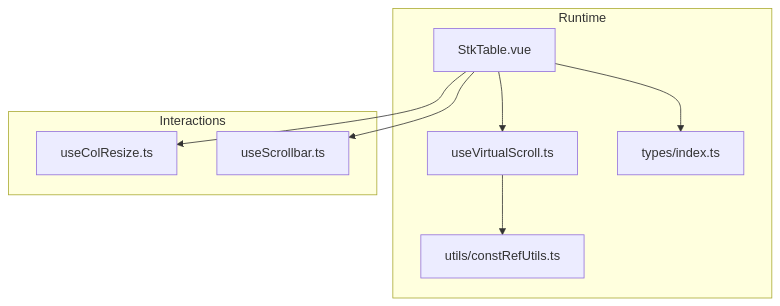
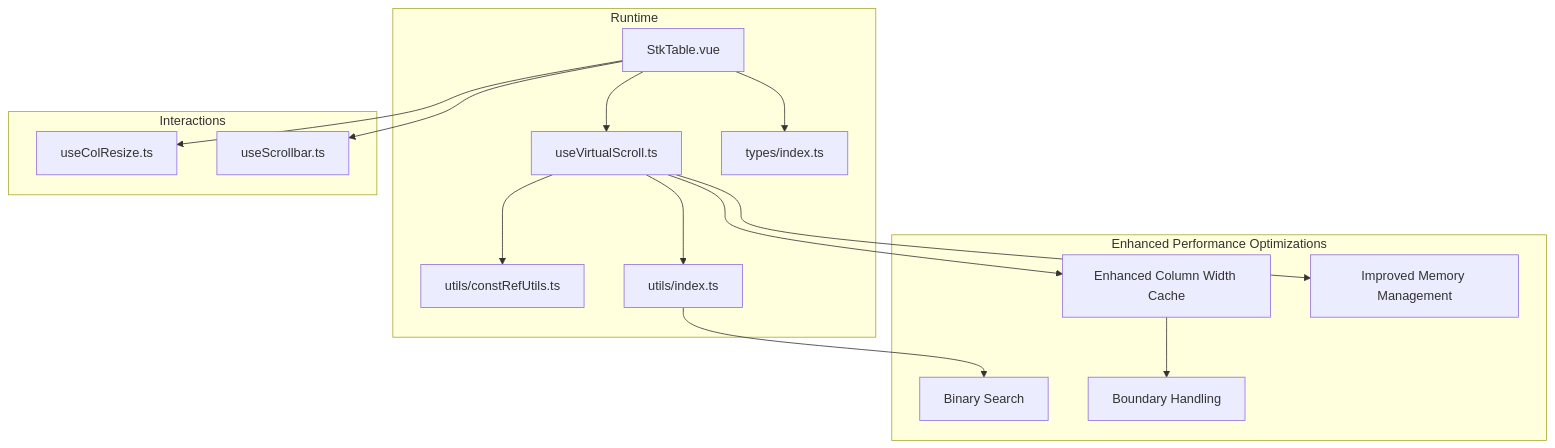
One commit to ja-plus/stk-table-vue changed the first of 12 diagrams in .qoder/repowiki/en/content/Advanced Features/Virtual Scrolling/Horizontal Virtual Scrolling.md. Above: the diagram before and after it, drawn with Mermaid. The commit also changed other lines of this file and 7 other files, not shown here.

````diff
--- a/.qoder/repowiki/en/content/Advanced Features/Virtual Scrolling/Horizontal Virtual Scrolling.md
+++ b/.qoder/repowiki/en/content/Advanced Features/Virtual Scrolling/Horizontal Virtual Scrolling.md
@@ -40,18 +53,30 @@
 ```mermaid
 graph TB
 subgraph "Runtime"
 STK["StkTable.vue"]
 VSC["useVirtualScroll.ts"]
 CRCU["utils/constRefUtils.ts"]
+UTILS["utils/index.ts"]
 TYPES["types/index.ts"]
+end
+subgraph "Enhanced Performance Optimizations"
+CACHE["Enhanced Column Width Cache"]
+MEM["Improved Memory Management"]
+BSEARCH["Binary Search"]
+BOUND["Boundary Handling"]
 end
 subgraph "Interactions"
 CR["useColResize.ts"]
 SB["useScrollbar.ts"]
 end
 STK --> VSC
 VSC --> CRCU
+VSC --> UTILS
+VSC --> CACHE
+VSC --> MEM
+UTILS --> BSEARCH
 STK --> TYPES
 STK --> CR
 STK --> SB
+CACHE --> BOUND
 ```
````
